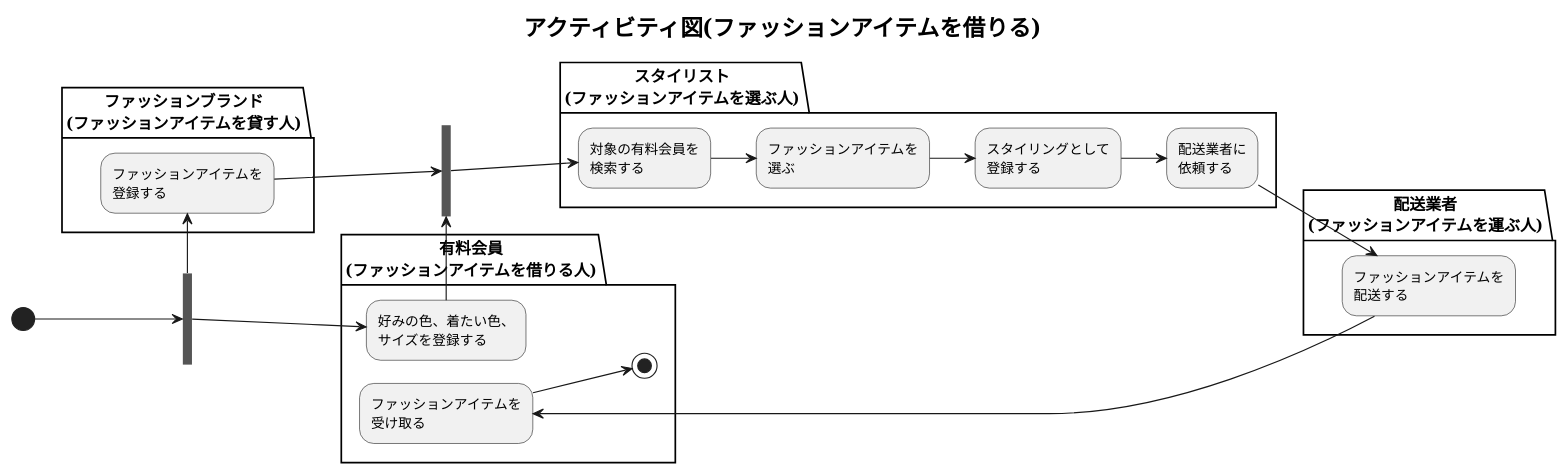
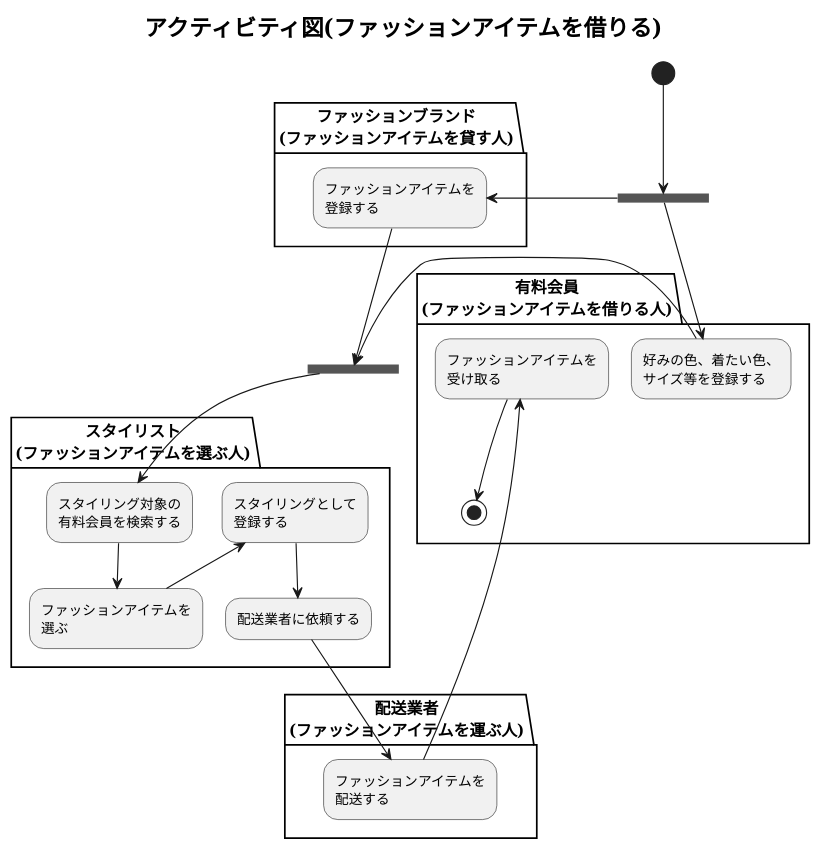
The diagram in sample/activity4.pu (nogami-kenji/plantuml), drawn with PlantUML before and after one commit. The commit also changed 2 other files, not shown here.

```diff
--- a/sample/activity4.pu
+++ b/sample/activity4.pu
@@ -1,31 +1,32 @@
 @startuml
-left to right direction
+
 title <b><size:20>アクティビティ図(ファッションアイテムを借りる)
 
 (*) --> ==S1==
 
 partition ファッションブランド\n(ファッションアイテムを貸す人) PowderBlue {
   ==S1== -right-> "ファッションアイテムを\n登録する"
 }
 
 "ファッションアイテムを\n登録する" --> ==S2==
 
 partition スタイリスト\n(ファッションアイテムを選ぶ人) Pink {
-  ==S2== --> "対象の有料会員を\n検索する"
-  "対象の有料会員を\n検索する" --> "ファッションアイテムを\n選ぶ"
-  "ファッションアイテムを\n選ぶ" --> "スタイリングとして\n登録する"
-  "スタイリングとして\n登録する" --> "配送業者に\n依頼する"
+  ==S2== --> "スタイリング対象の\n有料会員を検索する"
+  "スタイリング対象の\n有料会員を検索する" --> "ファッションアイテムを\n選ぶ"
+  "ファッションアイテムを\n選ぶ" -up-> "スタイリングとして\n登録する"
+  "スタイリングとして\n登録する" --> "配送業者に依頼する"
 }
 
 partition 配送業者\n(ファッションアイテムを運ぶ人) YellowGreen {
-  "配送業者に\n依頼する" -->  "ファッションアイテムを\n配送する"
+  "配送業者に依頼する" -->  "ファッションアイテムを\n配送する"
 }
 
 partition 有料会員\n(ファッションアイテムを借りる人) Yellow {
-  ==S1== --> "好みの色、着たい色、\nサイズを登録する"
-  "好みの色、着たい色、\nサイズを登録する" --> ==S2==
+  ==S1== --> "好みの色、着たい色、\nサイズ等を登録する"
   "ファッションアイテムを\n配送する" --> "ファッションアイテムを\n受け取る"
   "ファッションアイテムを\n受け取る" --> (*)
 }
 
+"好みの色、着たい色、\nサイズ等を登録する" --> ==S2==
+
 @enduml
```
